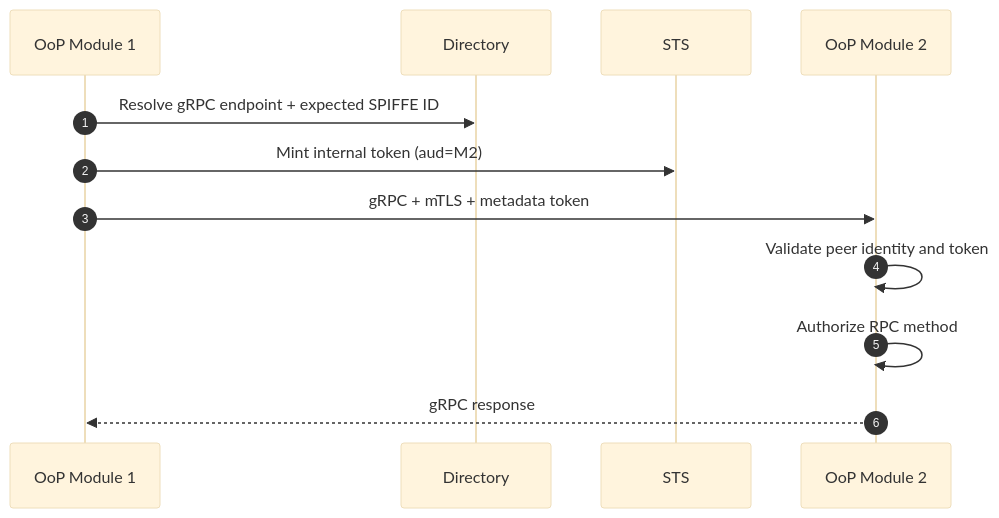
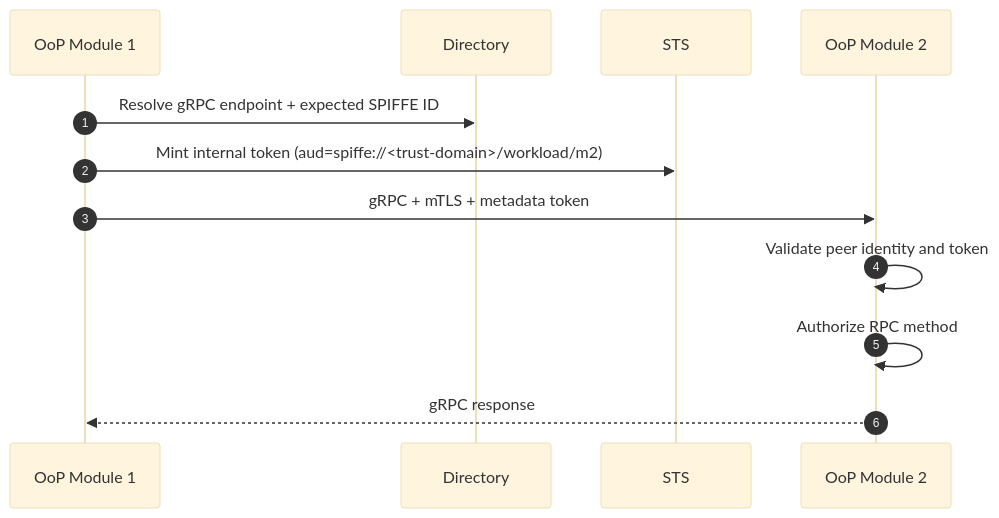
The fifth of 5 diagrams in modkit_zero_trust.MD (MikeFalcon77/modkit-zero-trust), drawn with Mermaid (base theme) before and after one commit. The commit also changed other lines of this file, not shown here.

````diff
--- a/modkit_zero_trust.MD
+++ b/modkit_zero_trust.MD
@@ -1078,15 +1298,15 @@
 ```mermaid
 sequenceDiagram
   autonumber
   participant M1 as OoP Module 1
   participant DIR as Directory
   participant STS as STS
   participant M2 as OoP Module 2
 
   M1->>DIR: Resolve gRPC endpoint + expected SPIFFE ID
-  M1->>STS: Mint internal token (aud=M2)
+  M1->>STS: Mint internal token (aud=spiffe://<trust-domain>/workload/m2)
   M1->>M2: gRPC + mTLS + metadata token
   M2->>M2: Validate peer identity and token
   M2->>M2: Authorize RPC method
   M2-->>M1: gRPC response
 ```
````
